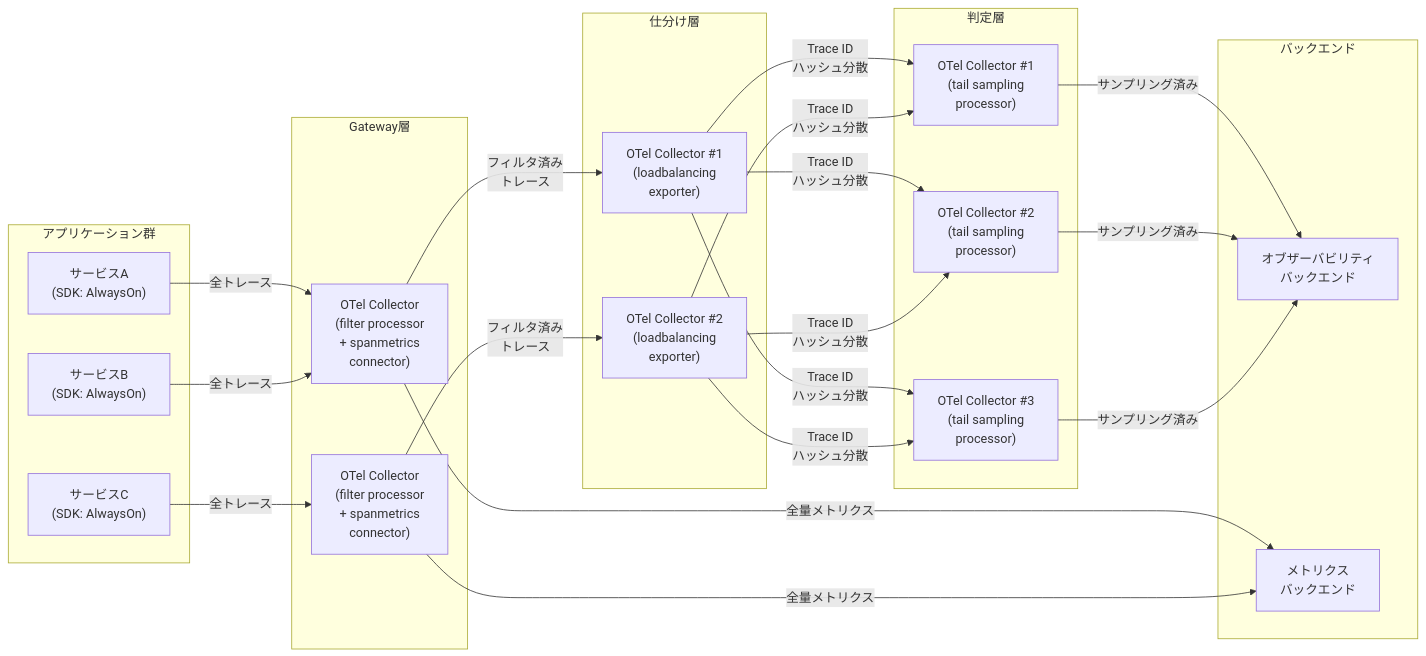
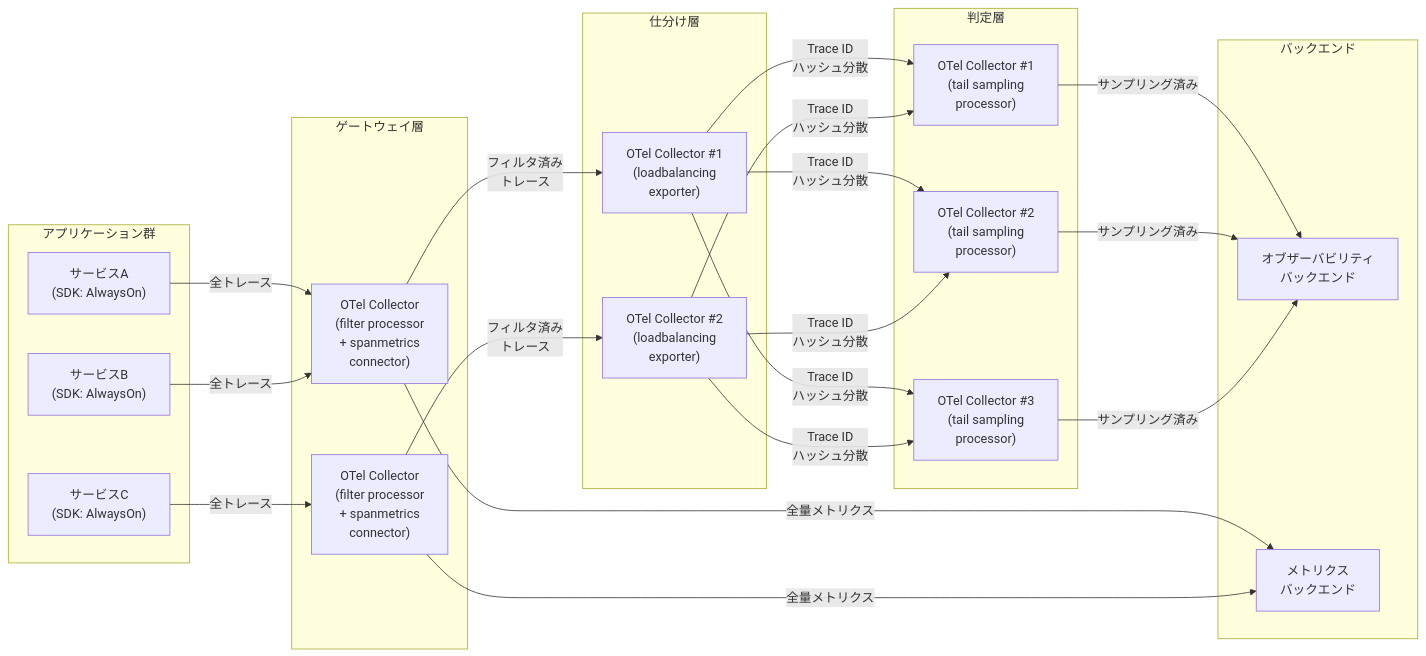
The second of 2 diagrams in books/telemetry-sampling/20-implementing_with_otel.md (ymotongpoo/zenn.dev), drawn with Mermaid before and after one commit. The commit also changed other lines of this file, not shown here.

````diff
--- a/books/telemetry-sampling/20-implementing_with_otel.md
+++ b/books/telemetry-sampling/20-implementing_with_otel.md
@@ -526,46 +569,46 @@
 ```mermaid
 graph LR
     subgraph アプリケーション群
         A1["サービスA<br/>(SDK: AlwaysOn)"]
         A2["サービスB<br/>(SDK: AlwaysOn)"]
         A3["サービスC<br/>(SDK: AlwaysOn)"]
     end
 
-    subgraph "Gateway層"
+    subgraph "ゲートウェイ層"
         G1["OTel Collector<br/>(filter processor<br/>+ spanmetrics<br/>connector)"]
         G2["OTel Collector<br/>(filter processor<br/>+ spanmetrics<br/>connector)"]
     end
 
     subgraph "仕分け層"
         L1["OTel Collector #1<br/>(loadbalancing<br/>exporter)"]
         L2["OTel Collector #2<br/>(loadbalancing<br/>exporter)"]
     end
 
     subgraph "判定層"
         T1["OTel Collector #1<br/>(tail sampling<br/>processor)"]
         T2["OTel Collector #2<br/>(tail sampling<br/>processor)"]
         T3["OTel Collector #3<br/>(tail sampling<br/>processor)"]
     end
 
     subgraph バックエンド
         B1["オブザーバビリティ<br/>バックエンド"]
         B2["メトリクス<br/>バックエンド"]
     end
 
     A1 -->|"全トレース"| G1
     A2 -->|"全トレース"| G1
     A3 -->|"全トレース"| G2
     G1 -->|"フィルタ済み<br/>トレース"| L1
     G2 -->|"フィルタ済み<br/>トレース"| L2
     G1 -->|"全量メトリクス"| B2
     G2 -->|"全量メトリクス"| B2
     L1 -->|"Trace ID<br/>ハッシュ分散"| T1
     L1 -->|"Trace ID<br/>ハッシュ分散"| T2
     L1 -->|"Trace ID<br/>ハッシュ分散"| T3
     L2 -->|"Trace ID<br/>ハッシュ分散"| T1
     L2 -->|"Trace ID<br/>ハッシュ分散"| T2
     L2 -->|"Trace ID<br/>ハッシュ分散"| T3
     T1 -->|"サンプリング済み"| B1
     T2 -->|"サンプリング済み"| B1
     T3 -->|"サンプリング済み"| B1
 ```
````
